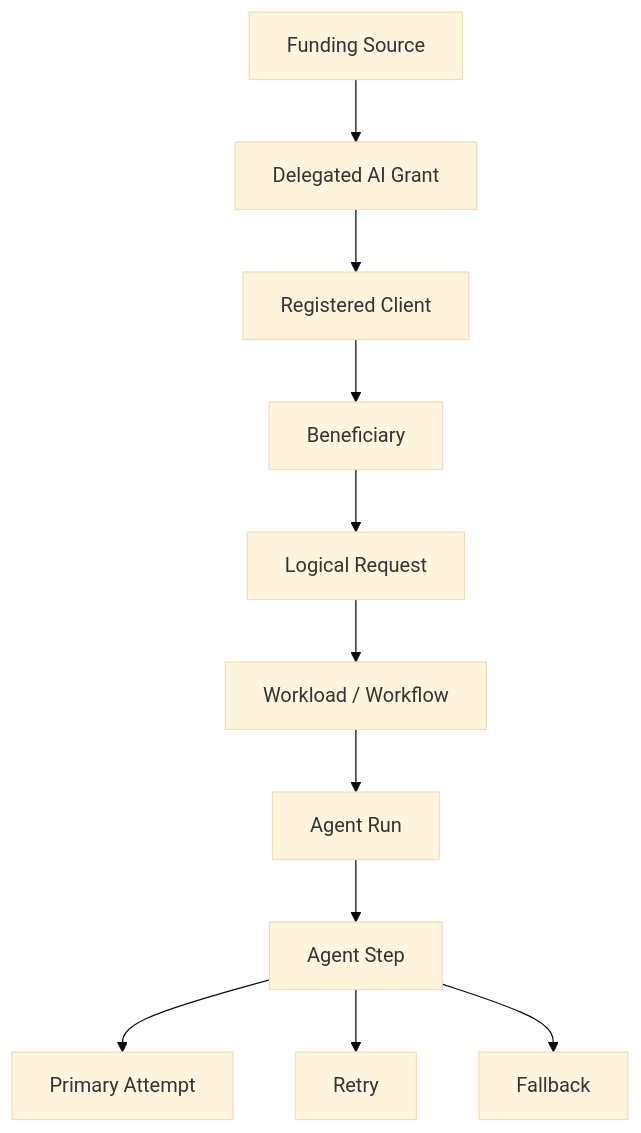
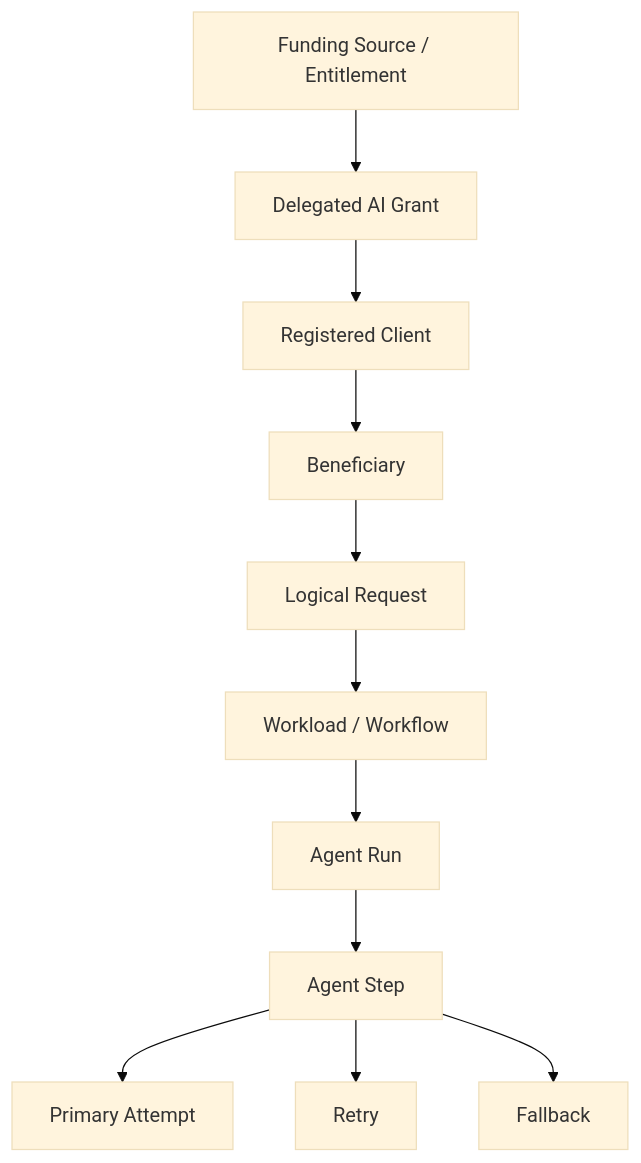
One commit to MJohnstonAI/ai-billing-delegation changed the sixth of 15 diagrams in FLOWS.md. Above: the diagram before and after it, drawn with Mermaid (base theme). The commit also changed other lines of this file and 11 other files, not shown here.

````diff
--- a/FLOWS.md
+++ b/FLOWS.md
@@ -54,13 +129,13 @@
 ```mermaid
 flowchart TD
-    FS[Funding Source] --> DG[Delegated AI Grant]
+    FS[Funding Source / Entitlement] --> DG[Delegated AI Grant]
     DG --> C[Registered Client]
     C --> B[Beneficiary]
     B --> R[Logical Request]
     R --> W[Workload / Workflow]
     W --> AR[Agent Run]
     AR --> AS[Agent Step]
     AS --> A1[Primary Attempt]
     AS --> A2[Retry]
     AS --> A3[Fallback]
 ```
````
